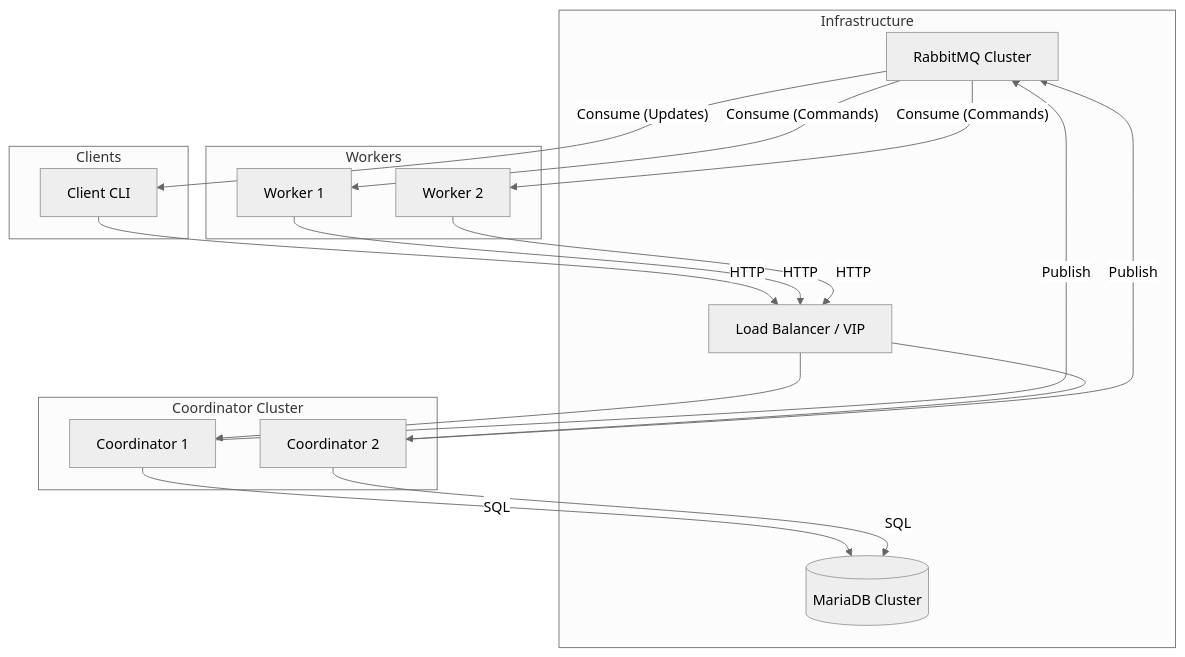
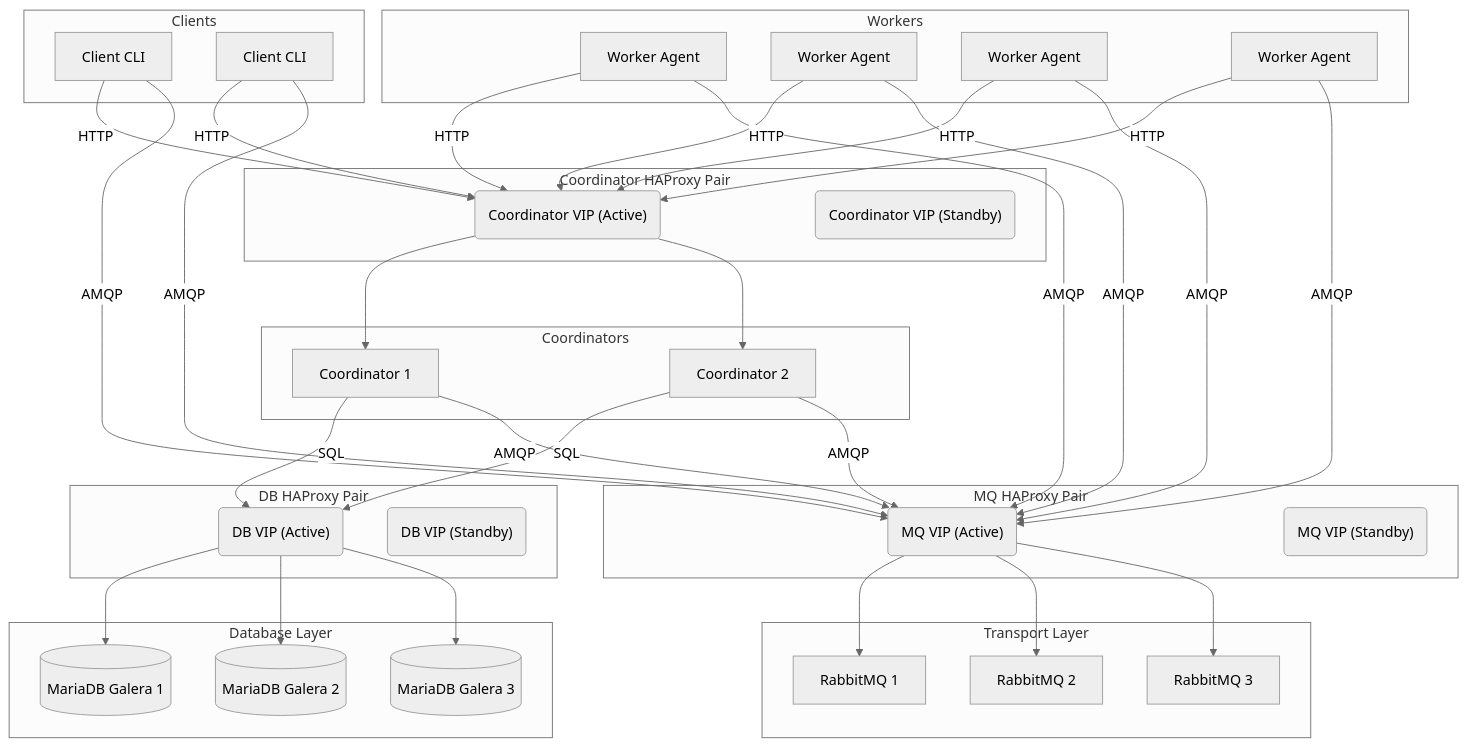
One commit to brwyatt/dffmpeg changed the second of 5 diagrams in docs/architecture.md. Above: the diagram before and after it, drawn with Mermaid (neutral theme). The commit also changed other lines of this file, not shown here.

Commit message:
Update architecture references
Better example of the "complex" version.

````diff
--- a/docs/architecture.md
+++ b/docs/architecture.md
@@ -53,39 +55,57 @@
 ```mermaid
 graph TD
-    subgraph "Infrastructure"
-        MQ[RabbitMQ Cluster]
-        DB[(MariaDB Cluster)]
-        LB[Load Balancer / VIP]
+    subgraph "Clients"
+        Client1[Client CLI]
+        Client2[Client CLI]
     end
 
-    subgraph "Coordinator Cluster"
+    subgraph "Workers"
+        Worker1[Worker Agent]
+        Worker2[Worker Agent]
+        Worker3[Worker Agent]
+        Worker4[Worker Agent]
+    end
+
+    subgraph "Coordinator HAProxy Pair"
+        APP_VIP("Coordinator VIP (Active)")
+        APP_VIP_stby("Coordinator VIP (Standby)")
+    end
+    subgraph "MQ HAProxy Pair"
+        MQ_VIP("MQ VIP (Active)")
+        MQ_VIP_stby("MQ VIP (Standby)")
+    end
+    subgraph "DB HAProxy Pair"
+        DB_VIP("DB VIP (Active)")
+        DB_VIP_stby("DB VIP (Standby)")
+    end
+
+    subgraph "Coordinators"
         C1[Coordinator 1]
         C2[Coordinator 2]
     end
 
-    subgraph "Workers"
-        W1[Worker 1]
-        W2[Worker 2]
+    subgraph "Transport Layer"
+        MQ1[RabbitMQ 1]
+        MQ2[RabbitMQ 2]
+        MQ3[RabbitMQ 3]
     end
 
-    subgraph "Clients"
-        Client[Client CLI]
+    subgraph "Database Layer"
+        DB1[(MariaDB Galera 1)]
+        DB2[(MariaDB Galera 2)]
+        DB3[(MariaDB Galera 3)]
     end
 
-    Client -- HTTP --> LB
-    W1 -- HTTP --> LB
-    W2 -- HTTP --> LB
-    
-    LB --> C1
-    LB --> C2
-    
-    C1 -- SQL --> DB
-    C2 -- SQL --> DB
-    
-    C1 -- Publish --> MQ
-    C2 -- Publish --> MQ
-    
-    MQ -- Consume (Commands) --> W1
-    MQ -- Consume (Commands) --> W2
-    MQ -- Consume (Updates) --> Client
+    %% External Traffic
+    Client1 & Client2 & Worker1 & Worker2 & Worker3 & Worker4 -- HTTP --> APP_VIP
+    APP_VIP --> C1 & C2
+
+    Client1 & Client2 & Worker1 & Worker2 & Worker3 & Worker4 -- AMQP --> MQ_VIP
+    MQ_VIP --> MQ1 & MQ2 & MQ3
+
+    %% Internal Traffic
+    C1 & C2 -- SQL --> DB_VIP
+    DB_VIP --> DB1 & DB2 & DB3
+
+    C1 & C2 -- AMQP --> MQ_VIP
 ```
````
